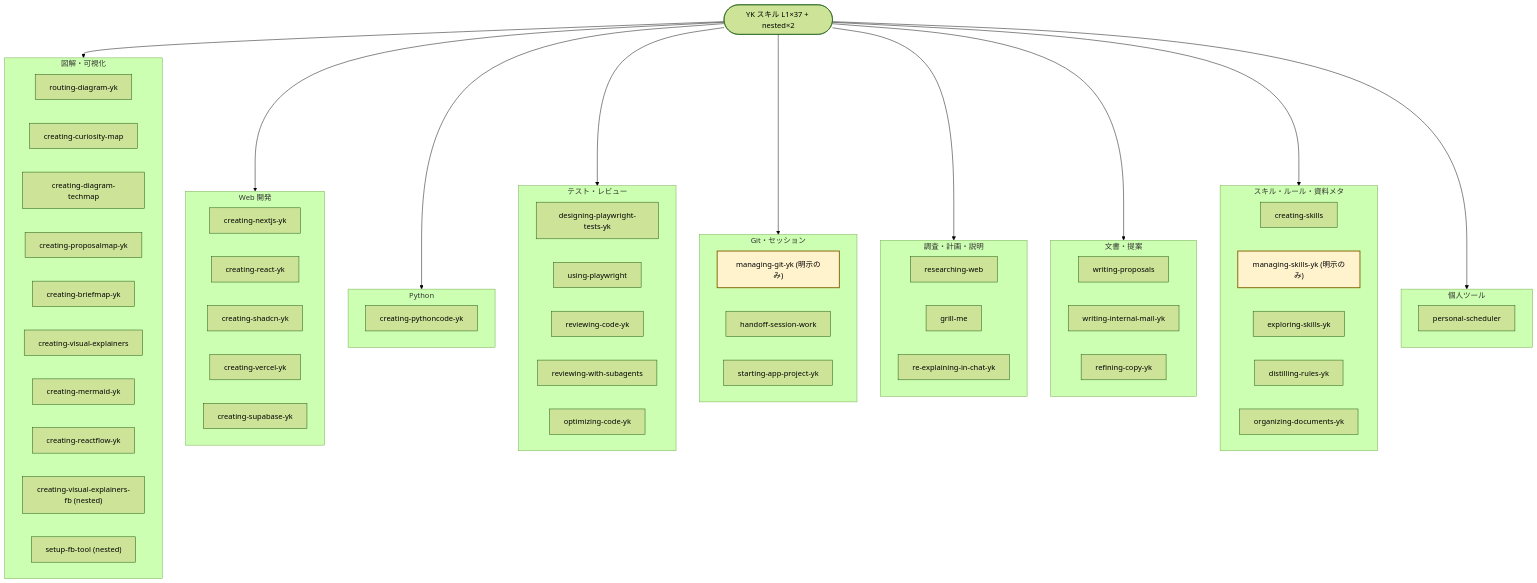
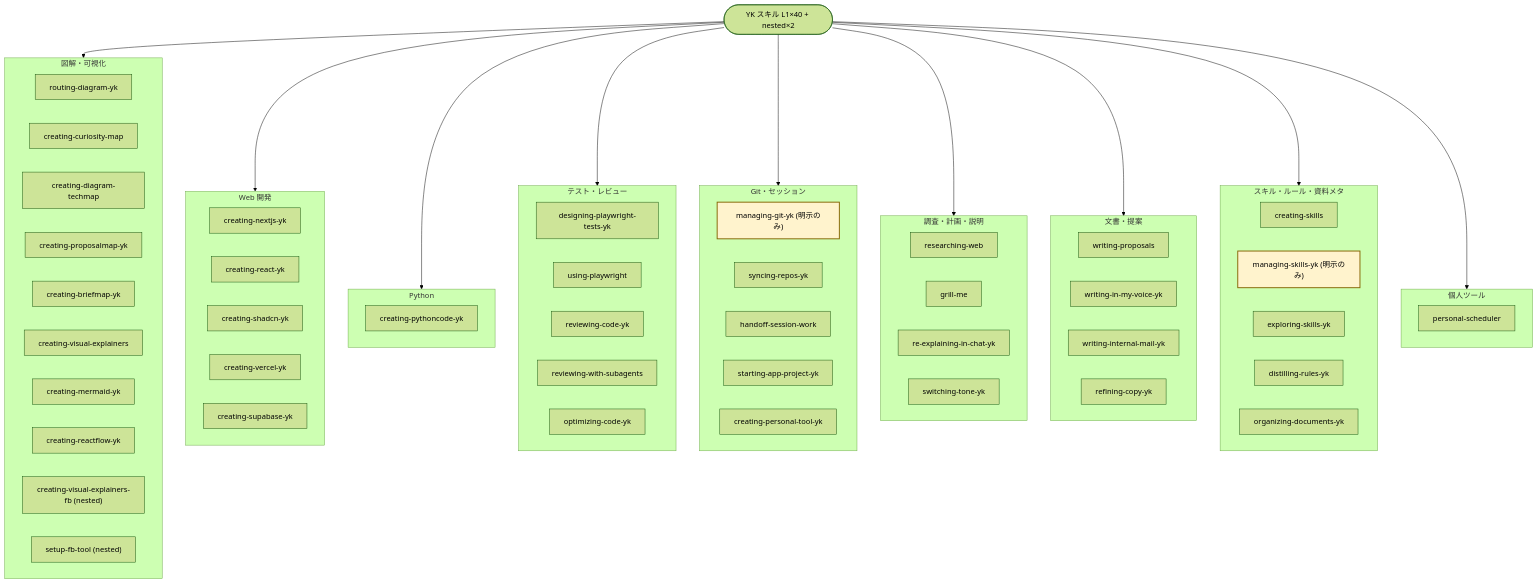
One commit to yk3720/yk-skill changed the diagram in metadata/diagrams/skills-overview.mmd. Above: the diagram before and after it, drawn with Mermaid (forest theme). The commit also changed 11 other files, not shown here.

First line of the commit message:
feat(skill): syncing-repos-yk新設・スキル台帳更新・UIフォント統一ルールをBIZ UDPゴシックへ更新

```diff
--- a/metadata/diagrams/skills-overview.mmd
+++ b/metadata/diagrams/skills-overview.mmd
@@ -1,81 +1,85 @@
 %% YK スキル一覧 — カテゴリ別俯瞰
 %% SSOT: ../SKILLS_INDEX.md · ../skill-categories.yaml
 %% 更新: creating-skills Step 8 または managing-skills-yk 後に同期
 flowchart TD
-  root(["YK スキル L1×37 + nested×2"])
+  root(["YK スキル L1×40 + nested×2"])
 
   subgraph catDiagram["図解・可視化"]
     skRouting["routing-diagram-yk"]
     skCuriosity["creating-curiosity-map"]
     skTechmap["creating-diagram-techmap"]
     skProposal["creating-proposalmap-yk"]
     skBrief["creating-briefmap-yk"]
     skVisual["creating-visual-explainers"]
     skMermaid["creating-mermaid-yk"]
     skReactflow["creating-reactflow-yk"]
     skVisualFb["creating-visual-explainers-fb (nested)"]
     skFbSetup["setup-fb-tool (nested)"]
   end
 
   subgraph catWeb["Web 開発"]
     skNext["creating-nextjs-yk"]
     skReact["creating-react-yk"]
     skShadcn["creating-shadcn-yk"]
     skVercel["creating-vercel-yk"]
     skSupabase["creating-supabase-yk"]
   end
 
   subgraph catPython["Python"]
     skPython["creating-pythoncode-yk"]
   end
 
   subgraph catTest["テスト・レビュー"]
     skPwDesign["designing-playwright-tests-yk"]
     skPwUse["using-playwright"]
     skReview["reviewing-code-yk"]
     skReviewMulti["reviewing-with-subagents"]
     skOptimize["optimizing-code-yk"]
   end
 
   subgraph catGit["Git・セッション"]
     skGit["managing-git-yk (明示のみ)"]
+    skSyncRepos["syncing-repos-yk"]
     skHandoff["handoff-session-work"]
     skStartApp["starting-app-project-yk"]
+    skPersonalTool["creating-personal-tool-yk"]
   end
 
   subgraph catResearch["調査・計画・説明"]
     skResearch["researching-web"]
     skGrill["grill-me"]
     skReexplain["re-explaining-in-chat-yk"]
+    skTone["switching-tone-yk"]
   end
 
   subgraph catWriting["文書・提案"]
     skProposals["writing-proposals"]
+    skVoice["writing-in-my-voice-yk"]
     skMail["writing-internal-mail-yk"]
     skRefine["refining-copy-yk"]
   end
 
   subgraph catMeta["スキル・ルール・資料メタ"]
     skCreateSkill["creating-skills"]
     skManageSkill["managing-skills-yk (明示のみ)"]
     skExploreSkill["exploring-skills-yk"]
     skDistill["distilling-rules-yk"]
     skOrganize["organizing-documents-yk"]
   end
 
   subgraph catPersonal["個人ツール"]
     skScheduler["personal-scheduler"]
   end
 
   root --> catDiagram
   root --> catWeb
   root --> catPython
   root --> catTest
   root --> catGit
   root --> catResearch
   root --> catWriting
   root --> catMeta
   root --> catPersonal
 
   classDef explicit fill:#fff3cd,stroke:#856404,stroke-width:2px
   class skGit,skManageSkill explicit
```
